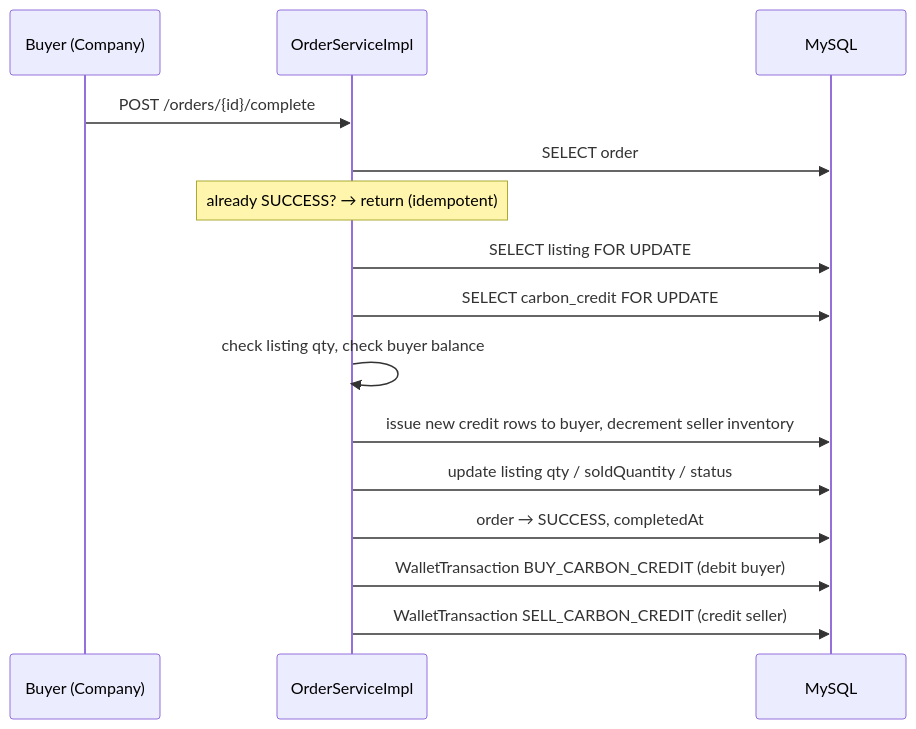
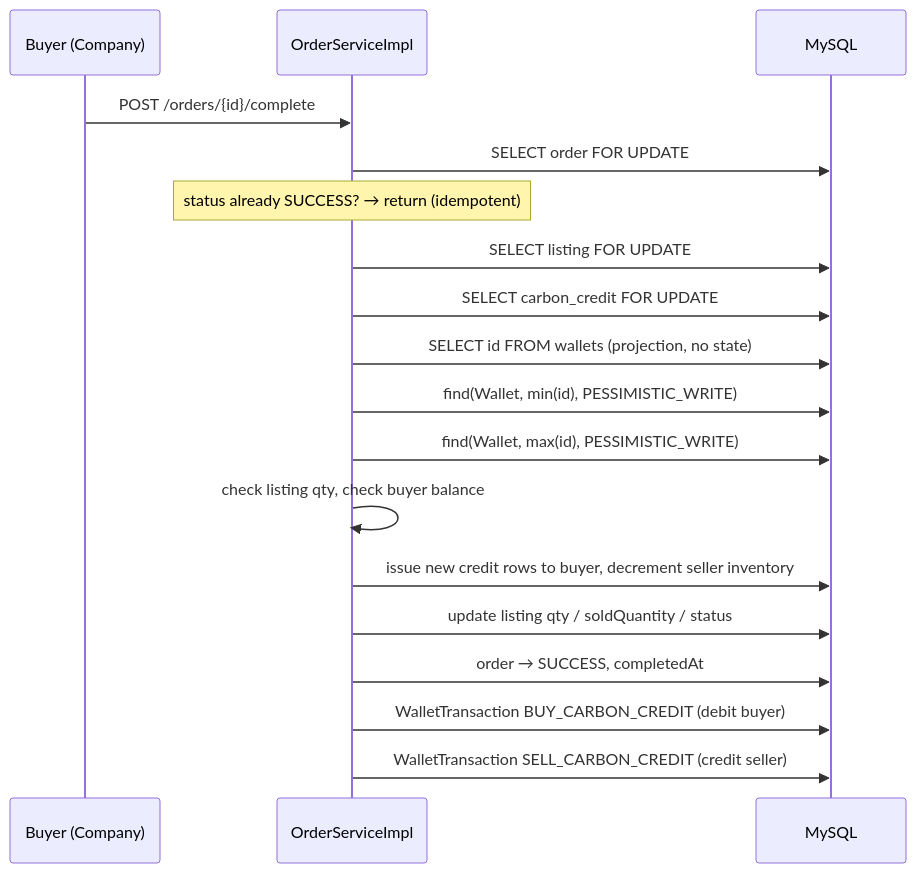
One commit to LeHuyTuong/Carbon-Credit-Marketplace changed the second of 2 diagrams in README.md. Above: the diagram before and after it, drawn with Mermaid. The commit also changed other lines of this file, not shown here.

````diff
--- a/README.md
+++ b/README.md
@@ -82,17 +88,20 @@
 ```mermaid
 sequenceDiagram
     participant C as Buyer (Company)
     participant O as OrderServiceImpl
     participant DB as MySQL
     C->>O: POST /orders/{id}/complete
-    O->>DB: SELECT order
-    Note over O: already SUCCESS? → return (idempotent)
+    O->>DB: SELECT order FOR UPDATE
+    Note over O: status already SUCCESS? → return (idempotent)
     O->>DB: SELECT listing FOR UPDATE
     O->>DB: SELECT carbon_credit FOR UPDATE
+    O->>DB: SELECT id FROM wallets (projection, no state)
+    O->>DB: find(Wallet, min(id), PESSIMISTIC_WRITE)
+    O->>DB: find(Wallet, max(id), PESSIMISTIC_WRITE)
     O->>O: check listing qty, check buyer balance
     O->>DB: issue new credit rows to buyer, decrement seller inventory
     O->>DB: update listing qty / soldQuantity / status
     O->>DB: order → SUCCESS, completedAt
     O->>DB: WalletTransaction BUY_CARBON_CREDIT  (debit buyer)
     O->>DB: WalletTransaction SELL_CARBON_CREDIT (credit seller)
 ```
````
